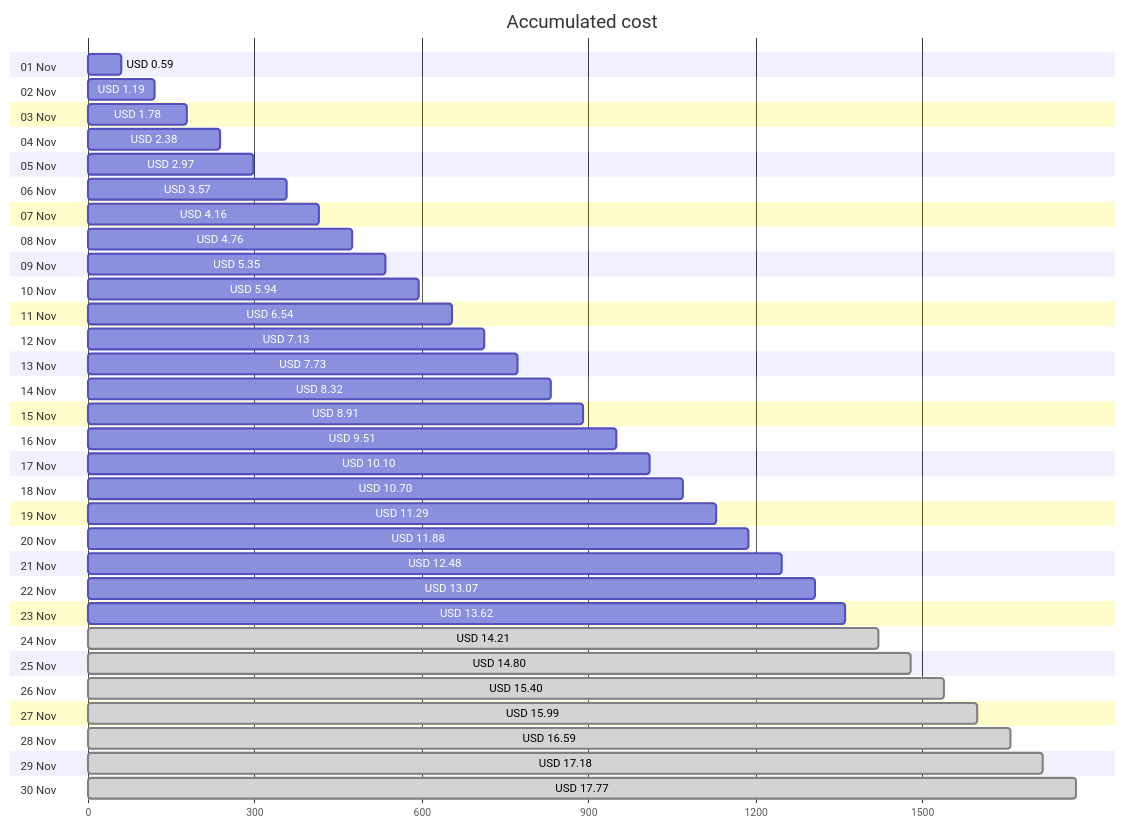
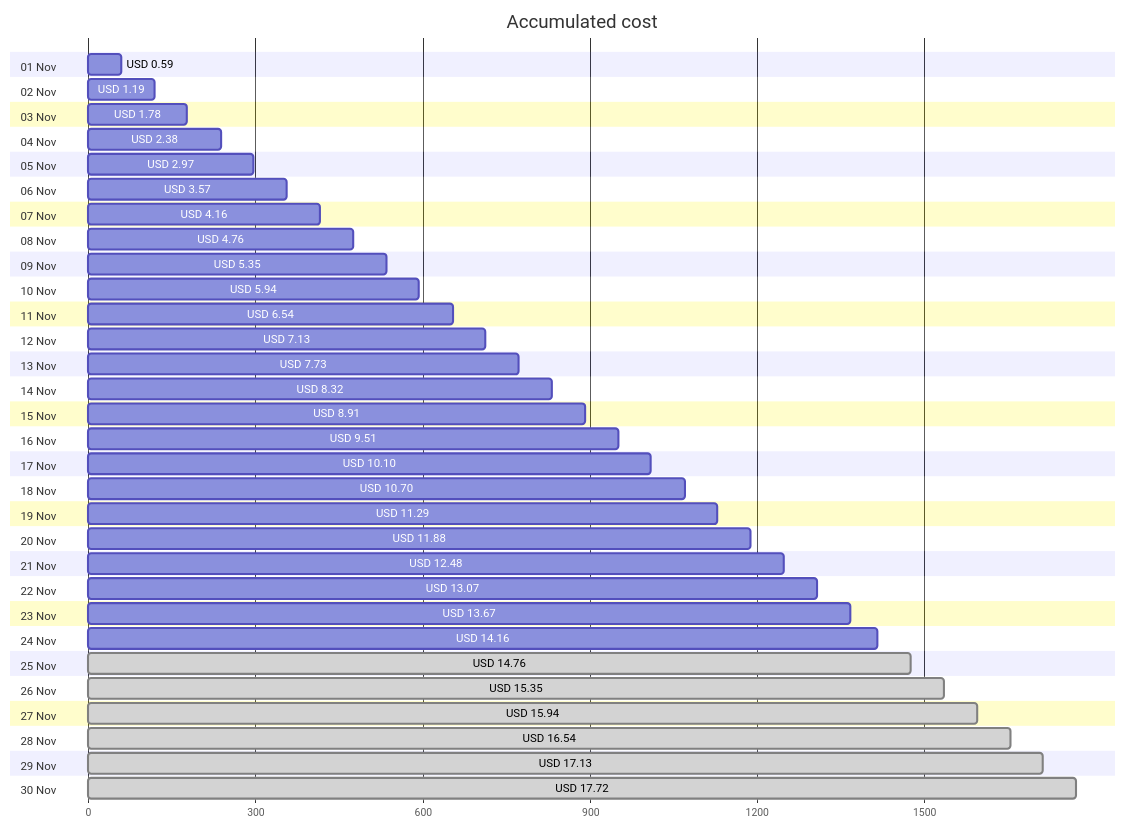
One commit to jpfulton/azure-personal-reports changed the first of 4 diagrams in cost-reports/personal-site/README.md. Above: the diagram before and after it, drawn with Mermaid. The commit also changed other lines of this file and 6 other files, not shown here.

````diff
--- a/cost-reports/personal-site/README.md
+++ b/cost-reports/personal-site/README.md
@@ -20,66 +20,66 @@
 ```mermaid
 gantt
    title Accumulated cost
    dateFormat  X
    axisFormat %s
    section 01 Nov
    USD 0.59 :0, 59
    section 02 Nov
    USD 1.19 :0, 119
    section 03 Nov
    USD 1.78 :0, 178
    section 04 Nov
    USD 2.38 :0, 238
    section 05 Nov
    USD 2.97 :0, 297
    section 06 Nov
    USD 3.57 :0, 357
    section 07 Nov
    USD 4.16 :0, 416
    section 08 Nov
    USD 4.76 :0, 476
    section 09 Nov
    USD 5.35 :0, 535
    section 10 Nov
    USD 5.94 :0, 594
    section 11 Nov
    USD 6.54 :0, 654
    section 12 Nov
    USD 7.13 :0, 713
    section 13 Nov
    USD 7.73 :0, 773
    section 14 Nov
    USD 8.32 :0, 832
    section 15 Nov
    USD 8.91 :0, 891
    section 16 Nov
    USD 9.51 :0, 951
    section 17 Nov
    USD 10.10 :0, 1010
    section 18 Nov
    USD 10.70 :0, 1070
    section 19 Nov
    USD 11.29 :0, 1129
    section 20 Nov
    USD 11.88 :0, 1188
    section 21 Nov
    USD 12.48 :0, 1248
    section 22 Nov
    USD 13.07 :0, 1307
    section 23 Nov
-   USD 13.62 :0, 1362
+   USD 13.67 :0, 1367
    section 24 Nov
-   USD 14.21 : done, 0, 1421
+   USD 14.16 :0, 1416
    section 25 Nov
-   USD 14.80 : done, 0, 1480
+   USD 14.76 : done, 0, 1476
    section 26 Nov
-   USD 15.40 : done, 0, 1540
+   USD 15.35 : done, 0, 1535
    section 27 Nov
-   USD 15.99 : done, 0, 1599
+   USD 15.94 : done, 0, 1594
    section 28 Nov
-   USD 16.59 : done, 0, 1659
+   USD 16.54 : done, 0, 1654
    section 29 Nov
-   USD 17.18 : done, 0, 1718
+   USD 17.13 : done, 0, 1713
    section 30 Nov
-   USD 17.77 : done, 0, 1777
+   USD 17.72 : done, 0, 1772
 ```
````
